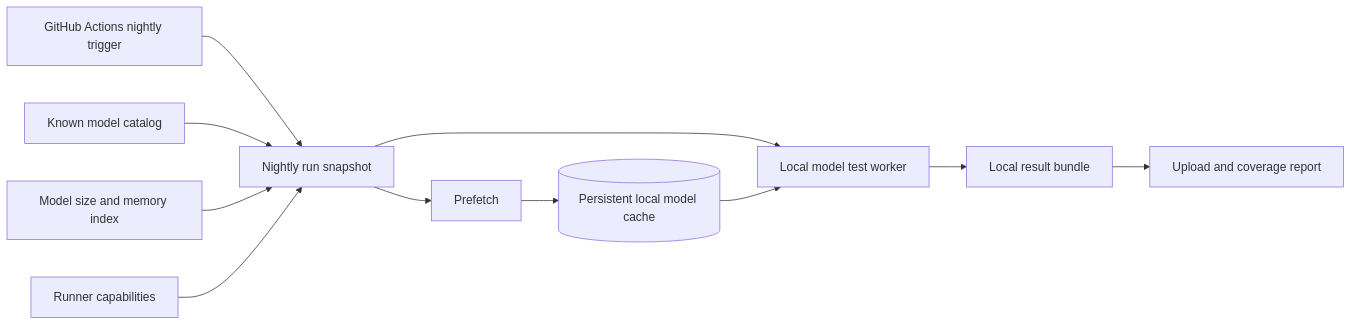
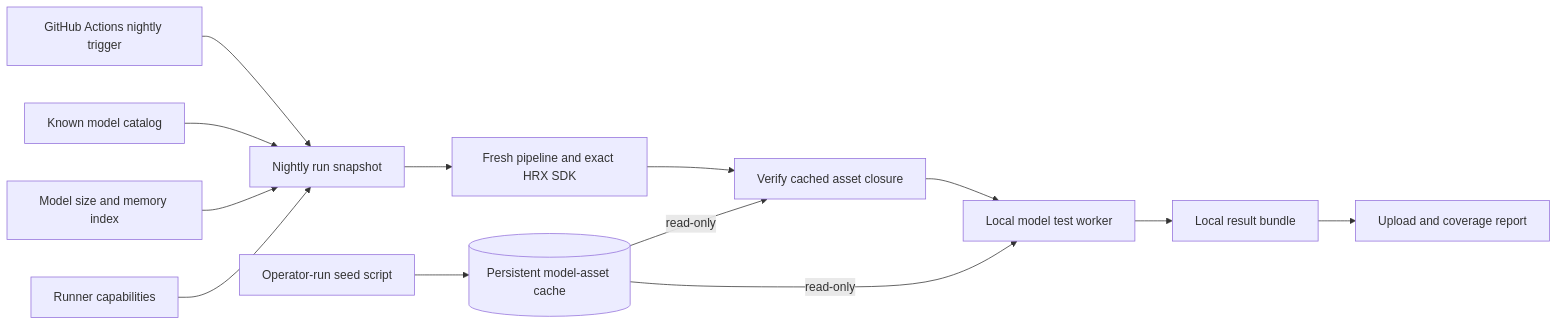
Before and after one commit to rsuderman/hrx-systems-test: the diagram in docs/design.md, drawn with Mermaid. The commit also changed other lines of this file and 25 other files, not shown here.

Commit message:
Add single-model cache seeding and test harness groundwork

````diff
--- a/docs/design.md
+++ b/docs/design.md
@@ -61,13 +78,15 @@
 ```mermaid
 flowchart LR
     GitHub[GitHub Actions nightly trigger] --> Plan
     Catalog[Known model catalog] --> Plan[Nightly run snapshot]
     Sizes[Model size and memory index] --> Plan
     Capacity[Runner capabilities] --> Plan
-    Plan --> Prefetch[Prefetch]
-    Prefetch --> Cache[(Persistent local model cache)]
-    Plan --> Worker[Local model test worker]
-    Cache --> Worker
+    Operator[Operator-run seed script] --> Cache[(Persistent model-asset cache)]
+    Plan --> Inputs[Fresh pipeline and exact HRX SDK]
+    Inputs --> Verify[Verify cached asset closure]
+    Cache -->|read-only| Verify
+    Verify --> Worker[Local model test worker]
+    Cache -->|read-only| Worker
     Worker --> Results[Local result bundle]
     Results --> Publish[Upload and coverage report]
 ```
````
